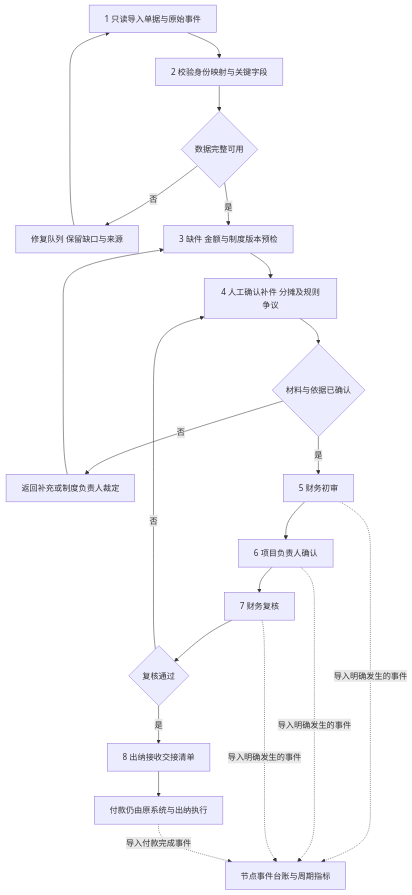
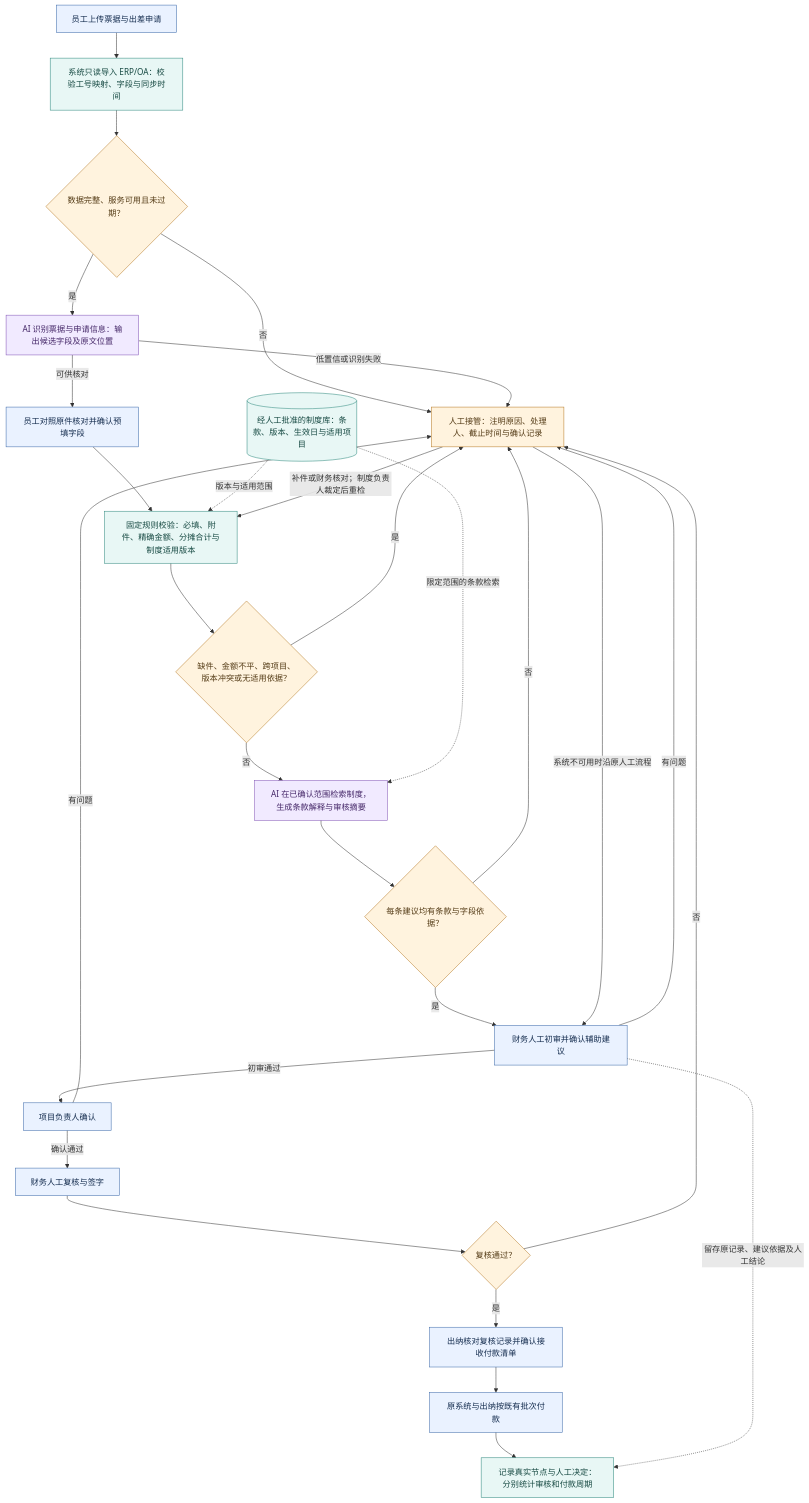
The second of 2 diagrams in travel-reimbursement-assistant/docs/design.md (JZ-HX1/personal-web), drawn with Mermaid before and after one commit. The commit also changed other lines of this file and 10 other files, not shown here.

Commit message:
Document no-AI and AI-assisted workflows with diagrams and pilot quotation

````diff
--- a/travel-reimbursement-assistant/docs/design.md
+++ b/travel-reimbursement-assistant/docs/design.md
@@ -33,23 +59,38 @@
 ```mermaid
 flowchart TD
-    S1[1 只读导入单据与原始事件] --> S2[2 校验身份映射与关键字段]
-    S2 --> Q1{数据完整可用}
-    Q1 -- 否 --> R1[修复队列 保留缺口与来源]
-    R1 --> S1
-    Q1 -- 是 --> S3[3 缺件 金额与制度版本预检]
-    S3 --> S4[4 人工确认补件 分摊及规则争议]
-    S4 --> Q2{材料与依据已确认}
-    Q2 -- 否 --> R2[返回补充或制度负责人裁定]
-    R2 --> S3
-    Q2 -- 是 --> S5[5 财务初审]
-    S5 --> S6[6 项目负责人确认]
-    S6 --> S7[7 财务复核]
-    S7 --> Q3{复核通过}
-    Q3 -- 否 --> S4
-    Q3 -- 是 --> S8[8 出纳接收交接清单]
-    S8 --> P[付款仍由原系统与出纳执行]
-    S5 -. 导入明确发生的事件 .-> L[节点事件台账与周期指标]
-    S6 -. 导入明确发生的事件 .-> L
-    S7 -. 导入明确发生的事件 .-> L
-    P -. 导入付款完成事件 .-> L
+    A[员工上传票据与出差申请] --> B[系统只读导入 ERP/OA：校验工号映射、字段与同步时间]
+    B --> C{数据完整、服务可用且未过期？}
+    C -- 否 --> X[人工接管：注明原因、处理人、截止时间与确认记录]
+    C -- 是 --> D[AI 识别票据与申请信息：输出候选字段及原文位置]
+    D -- 低置信或识别失败 --> X
+    D -- 可供核对 --> E[员工对照原件核对并确认预填字段]
+    E --> F[固定规则校验：必填、附件、精确金额、分摊合计与制度适用版本]
+    R[(经人工批准的制度库：条款、版本、生效日与适用项目)] -. 版本与适用范围 .-> F
+    F --> G{缺件、金额不平、跨项目、版本冲突或无适用依据？}
+    G -- 是 --> X
+    X -- 补件或财务核对；制度负责人裁定后重检 --> F
+    G -- 否 --> H[AI 在已确认范围检索制度，生成条款解释与审核摘要]
+    R -. 限定范围的条款检索 .-> H
+    H --> Q{每条建议均有条款与字段依据？}
+    Q -- 否 --> X
+    Q -- 是 --> J[财务人工初审并确认辅助建议]
+    X -- 系统不可用时沿原人工流程 --> J
+    J -- 有问题 --> X
+    J -- 初审通过 --> K[项目负责人确认]
+    K -- 有问题 --> X
+    K -- 确认通过 --> L[财务人工复核与签字]
+    L --> M{复核通过？}
+    M -- 否 --> X
+    M -- 是 --> N[出纳核对复核记录并确认接收付款清单]
+    N --> O[原系统与出纳按既有批次付款]
+    O --> P[记录真实节点与人工决定：分别统计审核和付款周期]
+    J -. 留存原记录、建议依据及人工结论 .-> P
+    classDef human fill:#EAF2FF,stroke:#3967A8,color:#152D4F
+    classDef system fill:#E8F7F5,stroke:#2B877C,color:#174A43
+    classDef ai fill:#F1EAFF,stroke:#8052B5,color:#452768
+    classDef exception fill:#FFF3DE,stroke:#B47722,color:#543B16
+    class A,E,J,K,L,N,O human
+    class B,F,R,P system
+    class D,H ai
+    class C,G,Q,M,X exception
 ```
````
